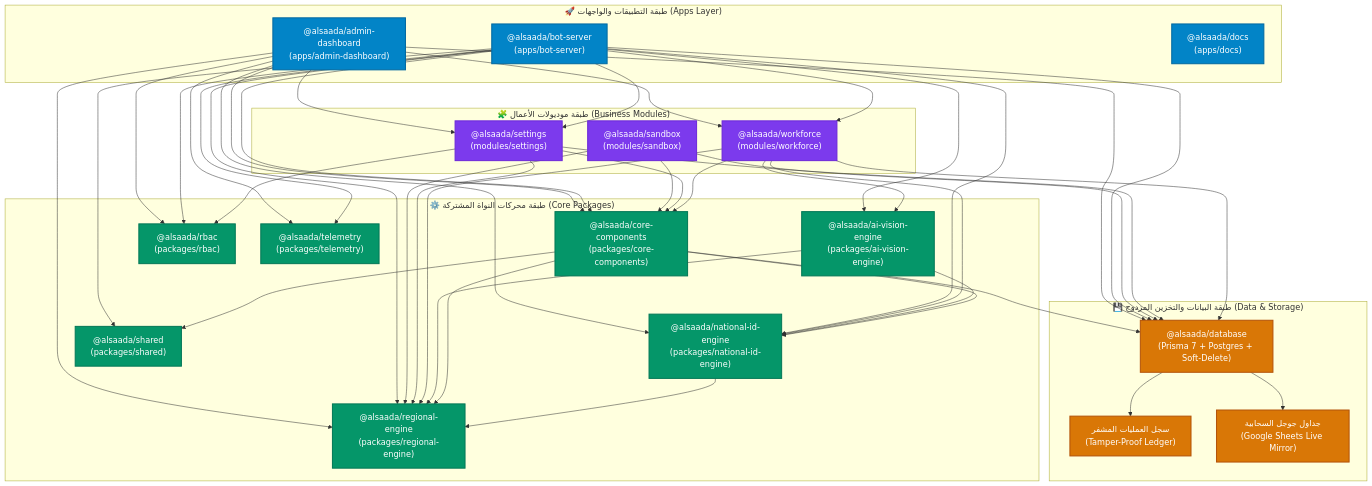
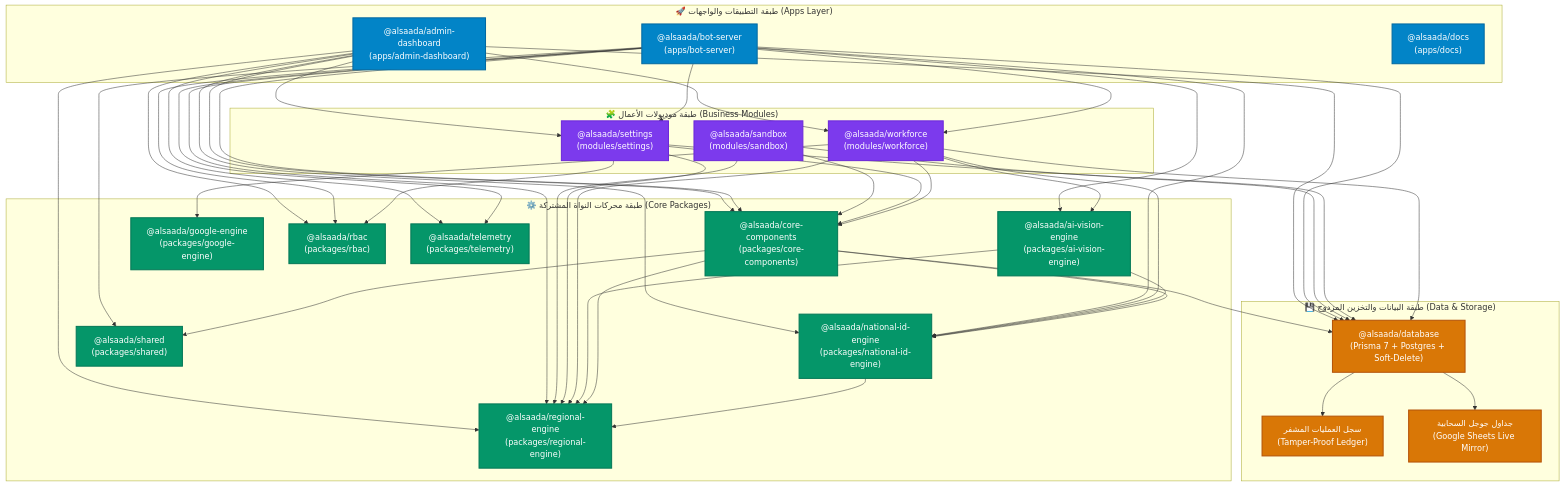
One commit to SalehOsman/Alsaada-Smart-Bot changed the diagram in apps/docs/src/content/docs/living-architecture.md. Above: the diagram before and after it, drawn with Mermaid. The commit also changed other lines of this file and 3 other files, not shown here.

Commit message:
fix(docs): synchronize living architecture map with @alsaada/google-engine [INC-20260924-DOCS-LIV]

````diff
--- a/apps/docs/src/content/docs/living-architecture.md
+++ b/apps/docs/src/content/docs/living-architecture.md
@@ -28,6 +28,7 @@
   subgraph CoreEngines["⚙️ طبقة محركات النواة المشتركة (Core Packages)"]
     AI_VISION_ENGINE["@alsaada/ai-vision-engine\n(packages/ai-vision-engine)"]
     CORE_COMPONENTS["@alsaada/core-components\n(packages/core-components)"]
+    GOOGLE_ENGINE["@alsaada/google-engine\n(packages/google-engine)"]
     NATIONAL_ID_ENGINE["@alsaada/national-id-engine\n(packages/national-id-engine)"]
     RBAC["@alsaada/rbac\n(packages/rbac)"]
     REGIONAL_ENGINE["@alsaada/regional-engine\n(packages/regional-engine)"]
@@ -70,6 +71,7 @@
   WORKFORCE --> AI_VISION_ENGINE
   WORKFORCE --> CORE_COMPONENTS
   WORKFORCE --> DATABASE
+  WORKFORCE --> GOOGLE_ENGINE
   WORKFORCE --> NATIONAL_ID_ENGINE
   WORKFORCE --> REGIONAL_ENGINE
   AI_VISION_ENGINE --> NATIONAL_ID_ENGINE
@@ -89,6 +91,6 @@
 
   class ADMIN_DASHBOARD,BOT_SERVER,DOCS appNode;
   class SANDBOX,SETTINGS,WORKFORCE modNode;
-  class AI_VISION_ENGINE,CORE_COMPONENTS,NATIONAL_ID_ENGINE,RBAC,REGIONAL_ENGINE,SHARED,TELEMETRY coreNode;
+  class AI_VISION_ENGINE,CORE_COMPONENTS,GOOGLE_ENGINE,NATIONAL_ID_ENGINE,RBAC,REGIONAL_ENGINE,SHARED,TELEMETRY coreNode;
   class DATABASE,LEDGER,SHEETS dataNode;
 ```
````
